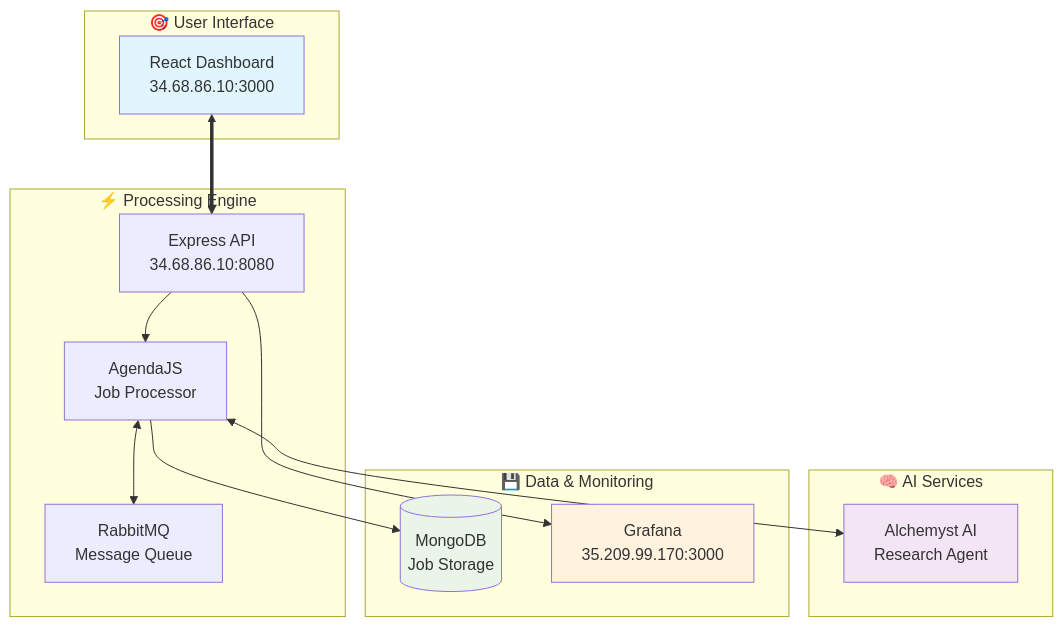
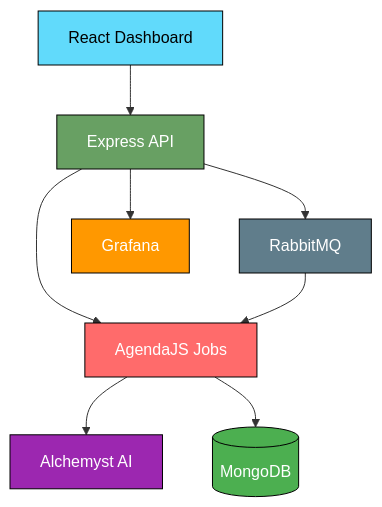
One commit to Ayash-Bera/alchem-pt changed the first of 2 diagrams in README.md. Above: the diagram before and after it, drawn with Mermaid. The commit also changed other lines of this file, not shown here.

````diff
--- a/README.md
+++ b/README.md
@@ -16,33 +16,18 @@
 ```mermaid
-graph TB
-    subgraph "🎯 User Interface"
-        UI[React Dashboard<br/>34.68.86.10:3000]
-    end
+graph TD
+    UI[React Dashboard] --> API[Express API]
+    API --> JOBS[AgendaJS Jobs]
+    API --> QUEUE[RabbitMQ]
+    JOBS --> AI[Alchemyst AI]
+    JOBS --> DB[(MongoDB)]
+    API --> METRICS[Grafana]
+    QUEUE --> JOBS
     
-    subgraph "⚡ Processing Engine"
-        API[Express API<br/>34.68.86.10:8080]
-        JOBS[AgendaJS<br/>Job Processor]
-        QUEUE[RabbitMQ<br/>Message Queue]
-    end
-    
-    subgraph "🧠 AI Services"
-        ALCHEMYST[Alchemyst AI<br/>Research Agent]
-    end
-    
-    subgraph "💾 Data & Monitoring"
-        DB[(MongoDB<br/>Job Storage)]
-        METRICS[Grafana<br/>35.209.99.170:3000]
-    end
-    
-    UI <==> API
-    API --> JOBS
-    JOBS <--> QUEUE
-    JOBS <--> ALCHEMYST
-    JOBS --> DB
-    API --> METRICS
-    
-    style UI fill:#e1f5fe
-    style ALCHEMYST fill:#f3e5f5
-    style DB fill:#e8f5e8
-    style METRICS fill:#fff3e0
+    style UI fill:#61dafb,stroke:#000,color:#000
+    style API fill:#68a063,stroke:#000,color:#fff
+    style JOBS fill:#ff6b6b,stroke:#000,color:#fff
+    style AI fill:#9c27b0,stroke:#000,color:#fff
+    style DB fill:#4caf50,stroke:#000,color:#fff
+    style METRICS fill:#ff9800,stroke:#000,color:#fff
+    style QUEUE fill:#607d8b,stroke:#000,color:#fff
 ```
````
